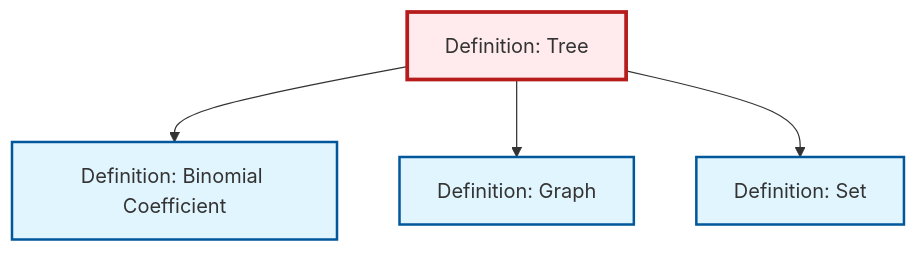
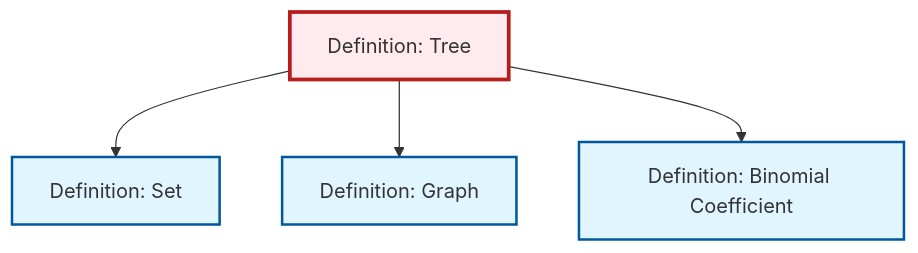
One commit to RK0429/ModernMath changed the diagram in content/en/combinatorics/def-tree.qmd. Above: the diagram before and after it, drawn with Mermaid. The commit also changed other lines of this file and 1012 other files, not shown here.

````diff
--- a/content/en/combinatorics/def-tree.qmd
+++ b/content/en/combinatorics/def-tree.qmd
@@ -136,20 +136,20 @@
 ```{mermaid}
 %%| fig-cap: "Local dependency graph"
 graph TD
     classDef definition fill:#e1f5fe,stroke:#01579b,stroke-width:2px
     classDef theorem fill:#f3e5f5,stroke:#4a148c,stroke-width:2px
     classDef axiom fill:#fff3e0,stroke:#e65100,stroke-width:2px
     classDef example fill:#e8f5e9,stroke:#1b5e20,stroke-width:2px
     classDef current fill:#ffebee,stroke:#b71c1c,stroke-width:3px
+    def-binomial-coefficient["Definition: Binomial Coefficient"]:::definition
     def-graph["Definition: Graph"]:::definition
+    def-tree["Definition: Tree"]:::definition
     def-set["Definition: Set"]:::definition
-    def-binomial-coefficient["Definition: Binomial Coefficient"]:::definition
-    def-tree["Definition: Tree"]:::definition
+    def-tree --> def-set
+    def-tree --> def-graph
     def-tree --> def-binomial-coefficient
-    def-tree --> def-graph
-    def-tree --> def-set
     class def-tree current
+    click def-binomial-coefficient "def-binomial-coefficient.html" "Go to Binomial Coefficient definition"
     click def-graph "def-graph.html" "Go to Graph definition"
     click def-set "def-set.html" "Go to Set definition"
-    click def-binomial-coefficient "def-binomial-coefficient.html" "Go to Binomial Coefficient definition"
 ```
````
